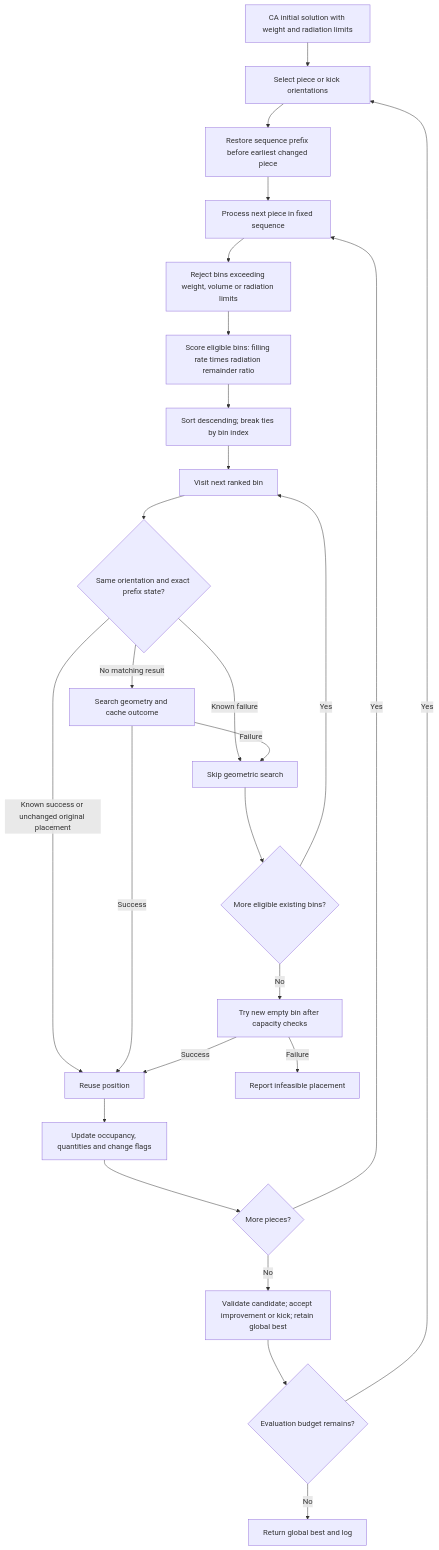
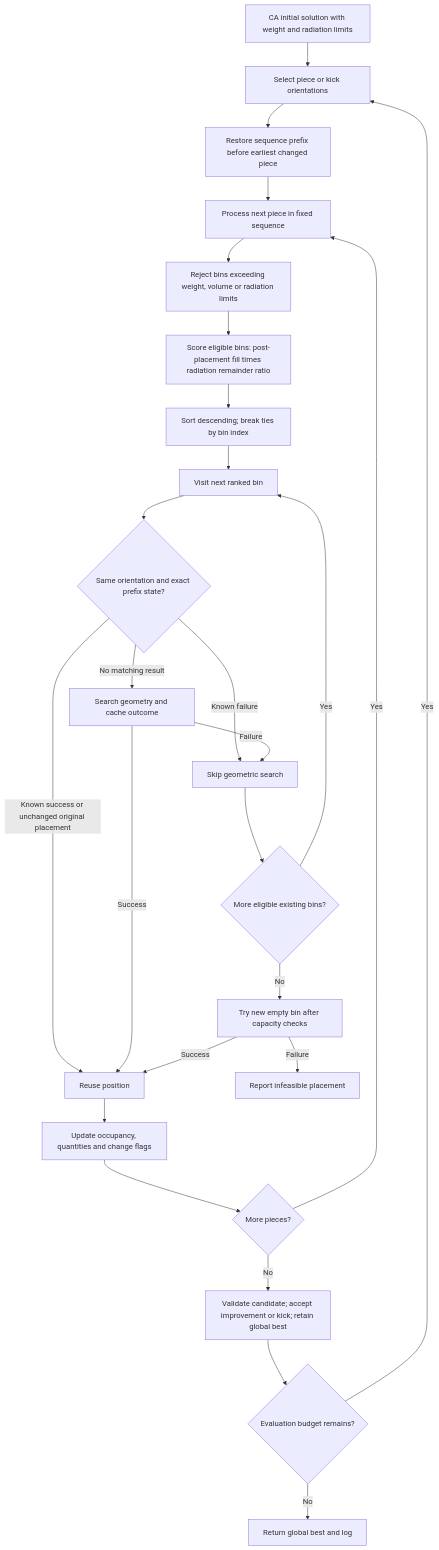
One commit to Yifuwei/3D_irregular_packing_stream changed the diagram in bin_packing/test/weight_radio_framework.md. Above: the diagram before and after it, drawn with Mermaid. The commit also changed other lines of this file and 1916 other files, not shown here.

````diff
--- a/bin_packing/test/weight_radio_framework.md
+++ b/bin_packing/test/weight_radio_framework.md
@@ -3,28 +3,28 @@
 ```mermaid
 flowchart TD
     A[CA initial solution with weight and radiation limits] --> B[Select piece or kick orientations]
     B --> C[Restore sequence prefix before earliest changed piece]
     C --> D[Process next piece in fixed sequence]
     D --> E[Reject bins exceeding weight, volume or radiation limits]
-    E --> F[Score eligible bins: filling rate times radiation remainder ratio]
+    E --> F[Score eligible bins: post-placement fill times radiation remainder ratio]
     F --> G[Sort descending; break ties by bin index]
     G --> H[Visit next ranked bin]
     H --> I{Same orientation and exact prefix state?}
     I -->|Known failure| J[Skip geometric search]
     I -->|Known success or unchanged original placement| K[Reuse position]
     I -->|No matching result| L[Search geometry and cache outcome]
     L -->|Failure| J
     L -->|Success| K
     J --> M{More eligible existing bins?}
     M -->|Yes| H
     M -->|No| N[Try new empty bin after capacity checks]
     N -->|Success| K
     N -->|Failure| X[Report infeasible placement]
     K --> O[Update occupancy, quantities and change flags]
     O --> P{More pieces?}
     P -->|Yes| D
     P -->|No| Q[Validate candidate; accept improvement or kick; retain global best]
     Q --> R{Evaluation budget remains?}
     R -->|Yes| B
     R -->|No| S[Return global best and log]
 ```
````
